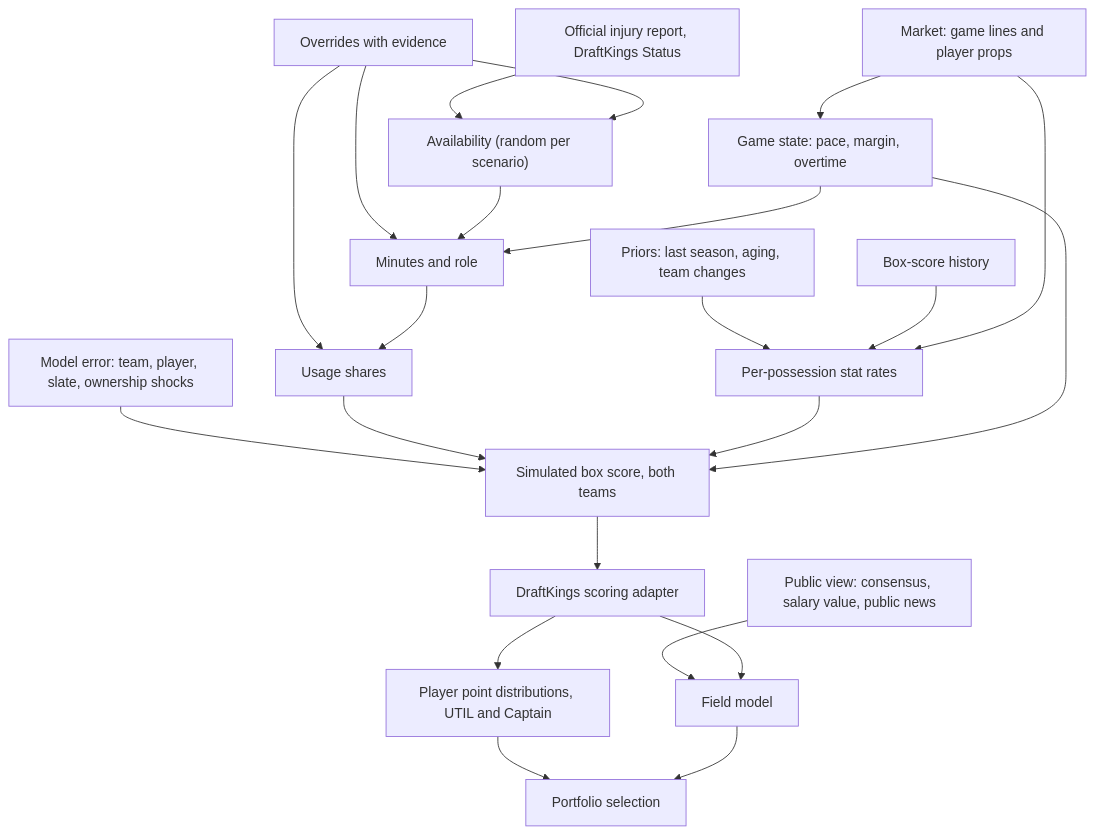
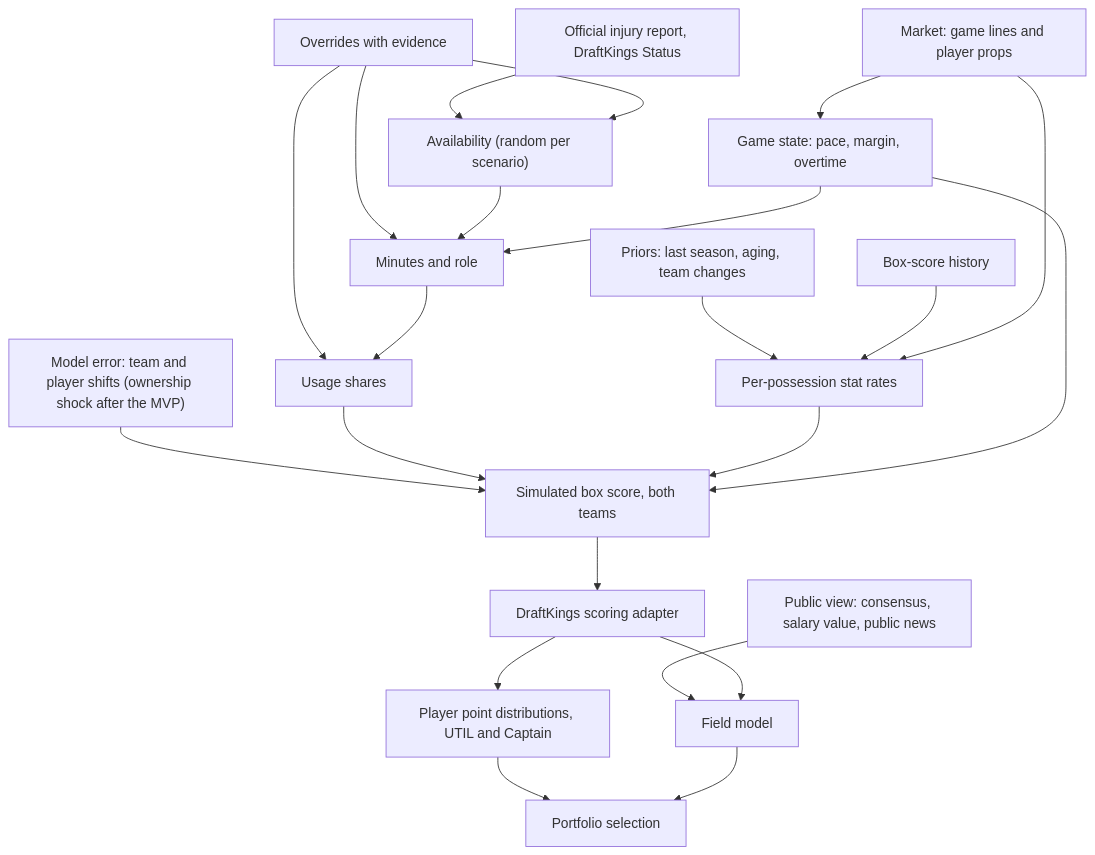
The third of 3 diagrams in docs/ARCHITECTURE.md (bleeski/nba-dfs), drawn with Mermaid before and after one commit. The commit also changed other lines of this file and 32 other files, not shown here.

````diff
--- a/docs/ARCHITECTURE.md
+++ b/docs/ARCHITECTURE.md
@@ -288,24 +298,24 @@
 ```mermaid
 graph TD
     PR["Priors: last season, aging, team changes"] --> RT["Per-possession stat rates"]
     HX["Box-score history"] --> RT
     MK["Market: game lines and player props"] --> GS["Game state: pace, margin, overtime"]
     MK --> RT
     INJ["Official injury report, DraftKings Status"] --> AV["Availability (random per scenario)"]
     OVR["Overrides with evidence"] --> AV
     OVR --> MIN["Minutes and role"]
     OVR --> US["Usage shares"]
     AV --> MIN
     GS --> MIN
     MIN --> US
-    ME["Model error: team, player, slate, ownership shocks"] --> ST
+    ME["Model error: team and player shifts (ownership shock after the MVP)"] --> ST
     US --> ST["Simulated box score, both teams"]
     RT --> ST
     GS --> ST
     ST --> DK["DraftKings scoring adapter"]
     DK --> PD["Player point distributions, UTIL and Captain"]
     PD --> PF["Portfolio selection"]
     PUBV["Public view: consensus, salary value, public news"] --> FLD["Field model"]
     DK --> FLD
     FLD --> PF
 ```
````
